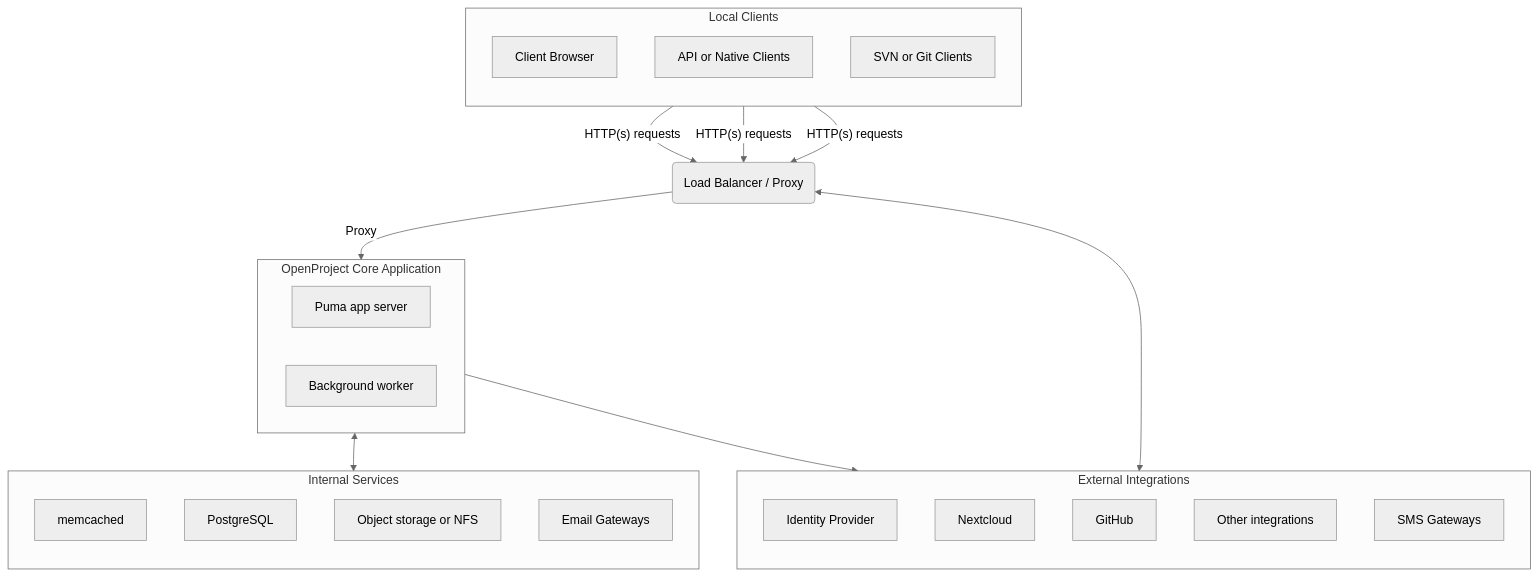
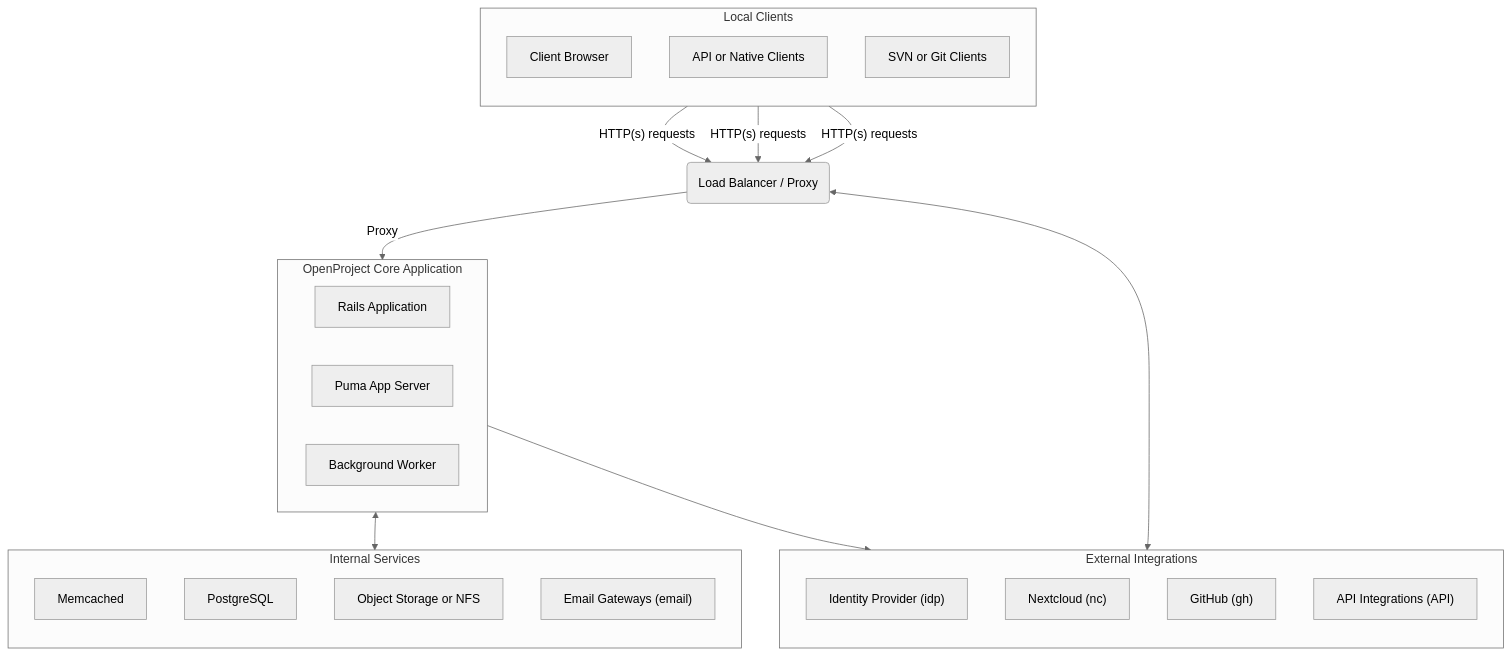
Before and after one commit to opf/openproject: the first of 6 diagrams in docs/development/data-flow/README.md, drawn with Mermaid. The commit also changed other lines of this file, not shown here.

````diff
--- a/docs/development/data-flow/README.md
+++ b/docs/development/data-flow/README.md
@@ -118,54 +126,53 @@
 ```mermaid
 %%{init: {'theme':'neutral'}}%%
 
 flowchart TD
   browser[Client Browser] -->|"HTTP(s) requests"| loadbalancer(Load Balancer / Proxy)
   A1[API or Native Clients] -->|"HTTP(s) requests"| loadbalancer
   A2[SVN or Git Clients] -->|"HTTP(s) requests"| loadbalancer
   loadbalancer -->|Proxy| openproject
+  
   subgraph openproject[OpenProject Core Application]
-    C[Puma app server]
-    D[Background worker]
+    openprojectrailsapp[Rails Application]
+    C[Puma App Server]
+    D[Background Worker]
   end
 
 
   subgraph integrations[External Integrations]
   direction TB
-    idp[Identity Provider]
-    N[Nextcloud]
-    GitHub
-  	O[Other integrations]
-  	
-  	sms[SMS Gateways]
-  	
+    idp["Identity Provider (idp)"]
+    N["Nextcloud (nc)"]
+    GitHub["GitHub (gh)"]
+  	O["API Integrations (API)"]
+ 
 end
 
   subgraph services[Internal Services]
   direction TB
-  	M[memcached]
+  	M[Memcached]
 	  P[PostgreSQL]
-	  S[Object storage or NFS]
-	  email[Email Gateways]
+	  S[Object Storage or NFS]
+	  email["Email Gateways (email)"]
   end
 
 
   openproject <--> services
   openproject --> integrations
   loadbalancer <--> integrations
   
   subgraph localclients[Local Clients]
   direction TB
 	browser
 	A1
 	A2
 	
-	click idp href "https://www.openproject.org" _self
 	
 	
 	
 end
 
   
   
 
 ```
````
